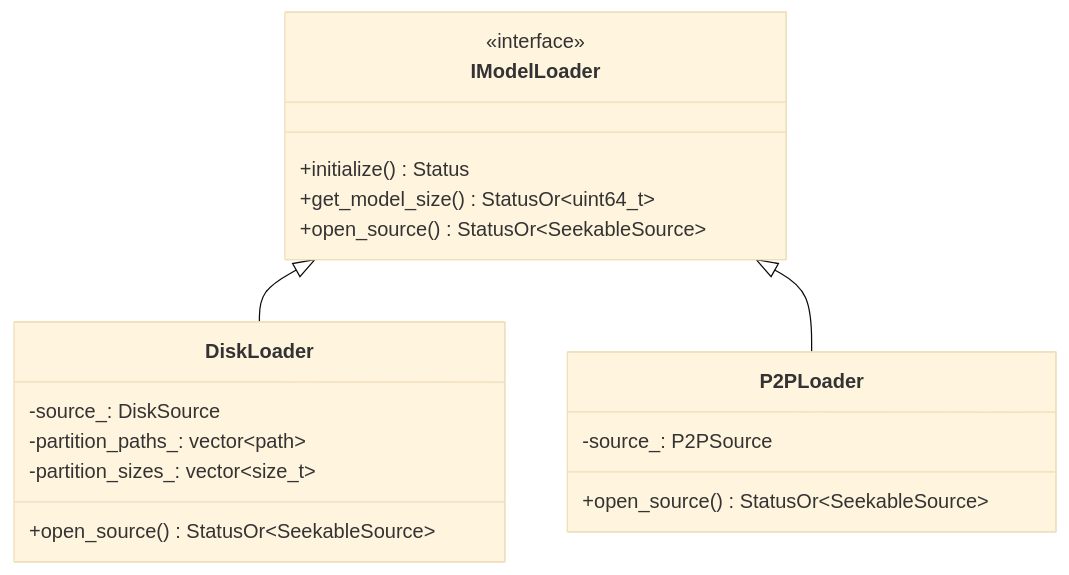
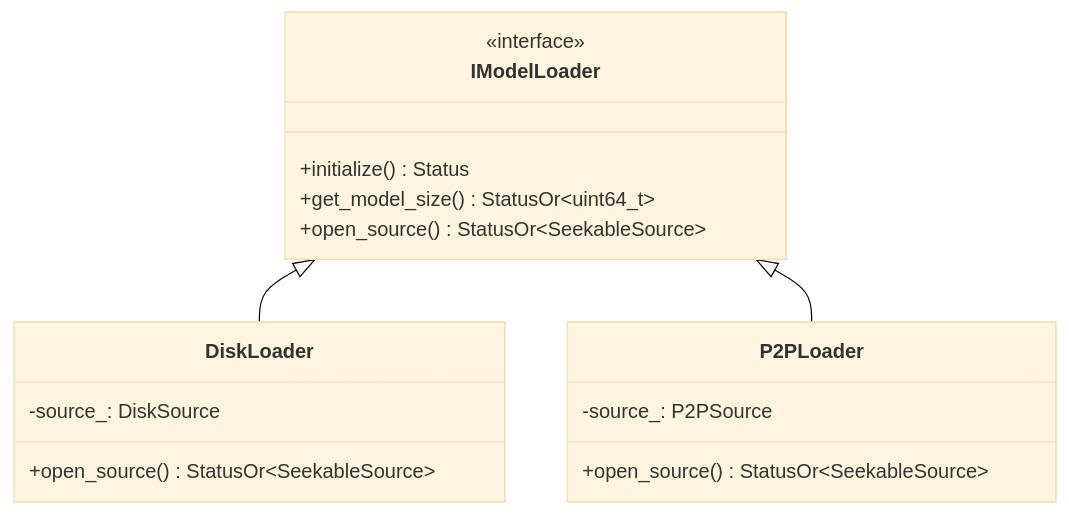
One commit to tensorcast-ai/tensorcast changed the third of 13 diagrams in web-docs/docs/developer-guides/core/store/architecture.md. Above: the diagram before and after it, drawn with Mermaid (base theme). The commit also changed other lines of this file and 2 other files, not shown here.

````diff
--- a/web-docs/docs/developer-guides/core/store/architecture.md
+++ b/web-docs/docs/developer-guides/core/store/architecture.md
@@ -177,24 +193,22 @@
 ```mermaid
 classDiagram
     class IModelLoader {
         <<interface>>
         +initialize() Status
         +get_model_size() StatusOr~uint64_t~
         +open_source() StatusOr~SeekableSource~
     }
 
     class DiskLoader {
         -source_: DiskSource
-        -partition_paths_: vector~path~
-        -partition_sizes_: vector~size_t~
         +open_source() StatusOr~SeekableSource~
     }
 
     class P2PLoader {
         -source_: P2PSource
         +open_source() StatusOr~SeekableSource~
     }
 
     IModelLoader <|-- DiskLoader
     IModelLoader <|-- P2PLoader
 ```
````
